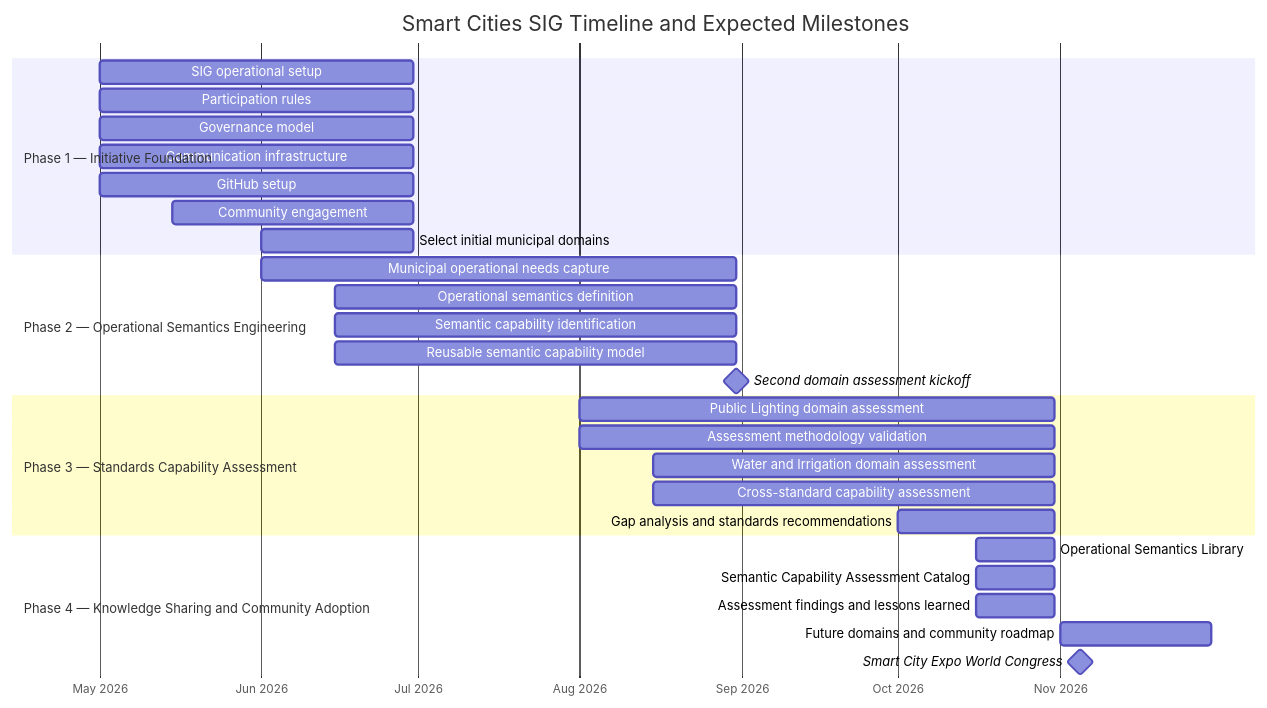
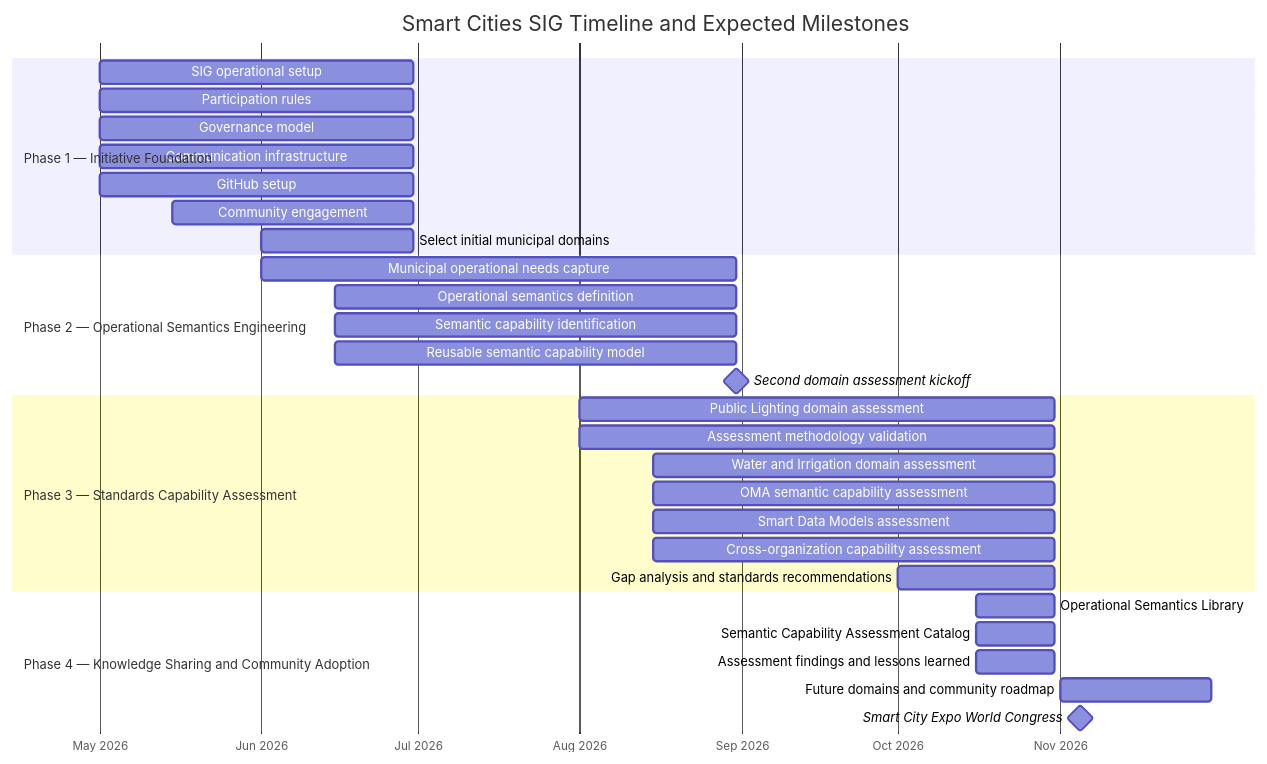
Before and after one commit to smartcities-sig/smartcities-sig: the diagram in program/roadmap/release-planning.md, drawn with Mermaid.

Commit message:
Revise assessments in Phase 3 of release planning
Updated assessments in Phase 3 of the release planning.

````diff
--- a/program/roadmap/release-planning.md
+++ b/program/roadmap/release-planning.md
@@ -19,37 +19,39 @@
 ```mermaid
 gantt
     title Smart Cities SIG Timeline and Expected Milestones
     dateFormat  YYYY-MM-DD
     axisFormat  %b %Y
 
     section Phase 1 — Initiative Foundation
     SIG operational setup                         :p1a, 2026-05-01, 2026-06-30
     Participation rules                          :p1b, 2026-05-01, 2026-06-30
     Governance model                             :p1c, 2026-05-01, 2026-06-30
     Communication infrastructure                 :p1d, 2026-05-01, 2026-06-30
     GitHub setup                                 :p1e, 2026-05-01, 2026-06-30
     Community engagement                         :p1f, 2026-05-15, 2026-06-30
     Select initial municipal domains             :p1g, 2026-06-01, 2026-06-30
 
     section Phase 2 — Operational Semantics Engineering
     Municipal operational needs capture          :p2a, 2026-06-01, 2026-08-31
     Operational semantics definition             :p2b, 2026-06-15, 2026-08-31
     Semantic capability identification           :p2c, 2026-06-15, 2026-08-31
     Reusable semantic capability model            :p2d, 2026-06-15, 2026-08-31
     Second domain assessment kickoff              :milestone, p2e, 2026-08-31, 0d
 
     section Phase 3 — Standards Capability Assessment
     Public Lighting domain assessment             :p3a, 2026-08-01, 2026-10-31
     Assessment methodology validation             :p3b, 2026-08-01, 2026-10-31
     Water and Irrigation domain assessment        :p3c, 2026-08-15, 2026-10-31
-    Cross-standard capability assessment          :p3d, 2026-08-15, 2026-10-31
+    OMA semantic capability assessment            :p3d, 2026-08-15, 2026-10-31
+    Smart Data Models assessment                  :p3d, 2026-08-15, 2026-10-31
+    Cross-organization capability assessment      :p3d, 2026-08-15, 2026-10-31
     Gap analysis and standards recommendations    :p3e, 2026-10-01, 2026-10-31
 
     section Phase 4 — Knowledge Sharing and Community Adoption
     Operational Semantics Library                 :p4a, 2026-10-16, 2026-10-31
     Semantic Capability Assessment Catalog        :p4b, 2026-10-16, 2026-10-31
     Assessment findings and lessons learned       :p4c, 2026-10-16, 2026-10-31
 
     Future domains and community roadmap           :p4d, 2026-11-01, 2026-11-30
     Smart City Expo World Congress                 :milestone, p4e, 2026-11-05, 0d
 ```
````
